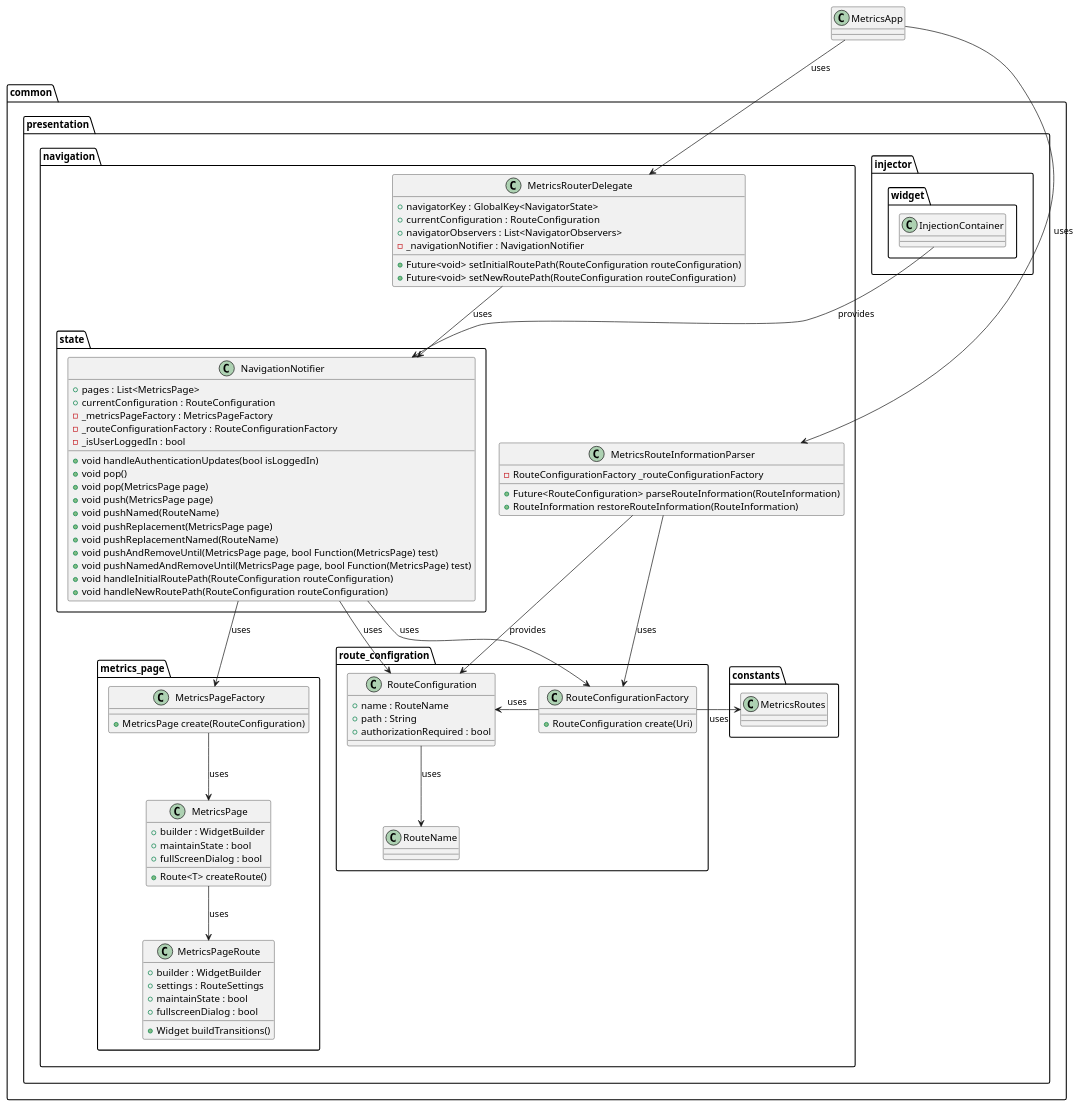
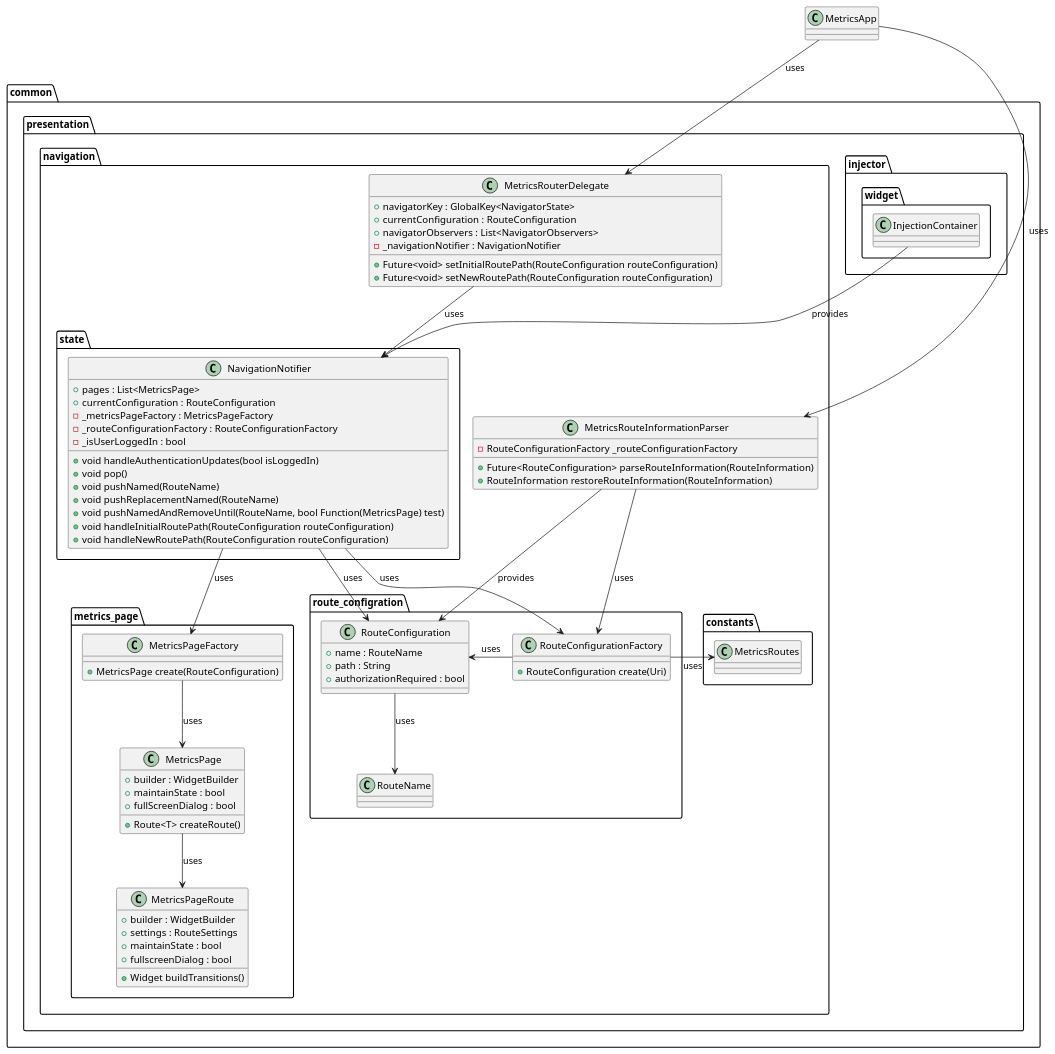
The diagram in metrics/web/docs/features/navigation/diagrams/navigation_class_diagram.puml (Flank/flank-dashboard), drawn with PlantUML before and after one commit.

Commit message:
Fix class diagram

```diff
--- a/metrics/web/docs/features/navigation/diagrams/navigation_class_diagram.puml
+++ b/metrics/web/docs/features/navigation/diagrams/navigation_class_diagram.puml
@@ -1,114 +1,110 @@
 @startuml navigation_class_diagram
 
 class MetricsApp {}
 
 package common.presentation {
 
     package injector.widget {
         class InjectionContainer {}
     }
 
     package navigation {
 
         package route_configration {
             class RouteName {
             }
 
             class RouteConfiguration {
                 + name : RouteName
                 + path : String
                 + authorizationRequired : bool
             }
 
             class RouteConfigurationFactory {
                 + RouteConfiguration create(Uri)
             }
         }
         class MetricsRouteInformationParser {
             - RouteConfigurationFactory _routeConfigurationFactory
             + Future<RouteConfiguration> parseRouteInformation(RouteInformation)
             + RouteInformation restoreRouteInformation(RouteInformation)
         }
         class MetricsRouterDelegate {
             + navigatorKey : GlobalKey<NavigatorState>
             + currentConfiguration : RouteConfiguration
             + navigatorObservers : List<NavigatorObservers>
             - _navigationNotifier : NavigationNotifier
             + Future<void> setInitialRoutePath(RouteConfiguration routeConfiguration)
             + Future<void> setNewRoutePath(RouteConfiguration routeConfiguration)
         }
 
         package constants {
             class MetricsRoutes {}
         }
 
         package state {
             class NavigationNotifier {
                 + pages : List<MetricsPage>
                 + currentConfiguration : RouteConfiguration
                 - _metricsPageFactory : MetricsPageFactory
                 - _routeConfigurationFactory : RouteConfigurationFactory
                 - _isUserLoggedIn : bool
                 + void handleAuthenticationUpdates(bool isLoggedIn)
                 + void pop()
-                + void pop(MetricsPage page)
-                + void push(MetricsPage page)
                 + void pushNamed(RouteName)
-                + void pushReplacement(MetricsPage page)
                 + void pushReplacementNamed(RouteName)
-                + void pushAndRemoveUntil(MetricsPage page, bool Function(MetricsPage) test)
-                + void pushNamedAndRemoveUntil(MetricsPage page, bool Function(MetricsPage) test)
+                + void pushNamedAndRemoveUntil(RouteName, bool Function(MetricsPage) test)
                 + void handleInitialRoutePath(RouteConfiguration routeConfiguration)
                 + void handleNewRoutePath(RouteConfiguration routeConfiguration)
             }
         }
 
 
         package metrics_page {
             class MetricsPageFactory {
                 + MetricsPage create(RouteConfiguration)
             }
 
             class MetricsPage {
                 + builder : WidgetBuilder
                 + maintainState : bool
                 + fullScreenDialog : bool
                 + Route<T> createRoute()
             }
 
             class MetricsPageRoute {
                 + builder : WidgetBuilder
                 + settings : RouteSettings
                 + maintainState : bool
                 + fullscreenDialog : bool
                 + Widget buildTransitions()
             }
         }
 
     }
 }
 
 InjectionContainer --> NavigationNotifier : provides
 
 MetricsApp --> MetricsRouteInformationParser :uses
 MetricsApp --> MetricsRouterDelegate : uses
 
 MetricsRouteInformationParser --> RouteConfiguration : provides
 MetricsRouteInformationParser --> RouteConfigurationFactory : uses
 
 RouteConfiguration --> RouteName : uses
 
 RouteConfigurationFactory -> RouteConfiguration : uses
 RouteConfigurationFactory -> MetricsRoutes : uses
 
 MetricsRouterDelegate --> NavigationNotifier : uses
 
 NavigationNotifier --> RouteConfigurationFactory : uses
 NavigationNotifier --> RouteConfiguration : uses
 NavigationNotifier --> MetricsPageFactory : uses
 
 MetricsPageFactory --> MetricsPage : uses
 
 MetricsPage --> MetricsPageRoute : uses
 
 @enduml
```
